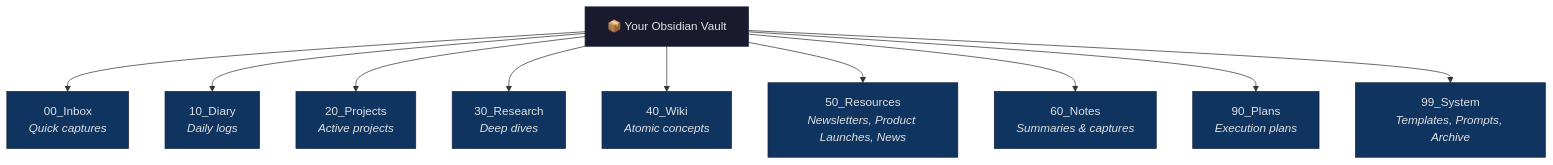
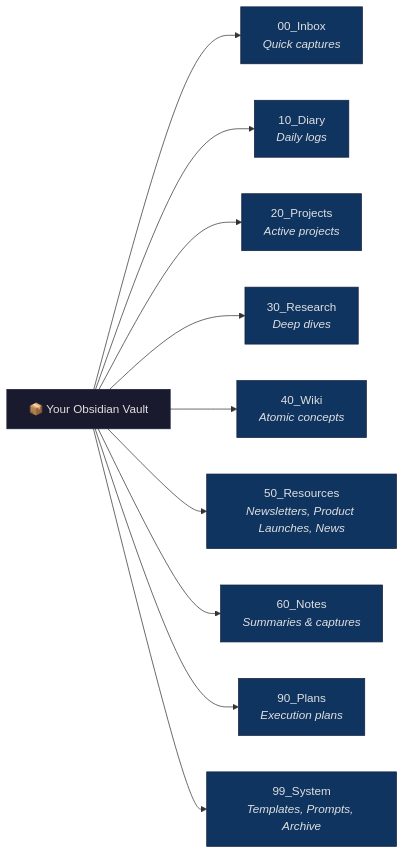
The second of 8 diagrams in README.md (dull-bird/DeepOrbit), drawn with Mermaid before and after one commit.

````diff
--- a/README.md
+++ b/README.md
@@ -80,23 +80,23 @@
 ```mermaid
-flowchart TD
+flowchart LR
     V["📦 Your Obsidian Vault"] --> A["00_Inbox<br/><i>Quick captures</i>"]
     V --> B["10_Diary<br/><i>Daily logs</i>"]
     V --> C["20_Projects<br/><i>Active projects</i>"]
     V --> D["30_Research<br/><i>Deep dives</i>"]
     V --> E["40_Wiki<br/><i>Atomic concepts</i>"]
     V --> F["50_Resources<br/><i>Newsletters, Product Launches, News</i>"]
     V --> G["60_Notes<br/><i>Summaries & captures</i>"]
     V --> H["90_Plans<br/><i>Execution plans</i>"]
     V --> I["99_System<br/><i>Templates, Prompts, Archive</i>"]
 
     style V fill:#1a1a2e,stroke:#16213e,color:#e0e0e0
     style A fill:#0f3460,stroke:#16213e,color:#e0e0e0
     style B fill:#0f3460,stroke:#16213e,color:#e0e0e0
     style C fill:#0f3460,stroke:#16213e,color:#e0e0e0
     style D fill:#0f3460,stroke:#16213e,color:#e0e0e0
     style E fill:#0f3460,stroke:#16213e,color:#e0e0e0
     style F fill:#0f3460,stroke:#16213e,color:#e0e0e0
     style G fill:#0f3460,stroke:#16213e,color:#e0e0e0
     style H fill:#0f3460,stroke:#16213e,color:#e0e0e0
     style I fill:#0f3460,stroke:#16213e,color:#e0e0e0
 ```
````
